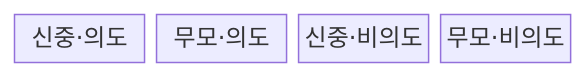
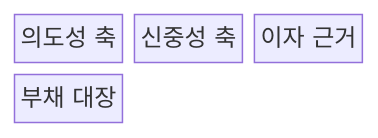
Before and after one commit to agnusdei1207/knowledge-base: the first of 2 diagrams in src/content/docs/notes/03-software/066_technical_debt_quadrant.md, drawn with Mermaid. The commit also changed other lines of this file and 238 other files, not shown here.

````diff
--- a/src/content/docs/notes/03-software/066_technical_debt_quadrant.md
+++ b/src/content/docs/notes/03-software/066_technical_debt_quadrant.md
@@ -53,8 +53,8 @@
 ```mermaid
-block
-  columns 4
-  DI["신중·의도"]
-  RI["무모·의도"]
-  DN["신중·비의도"]
-  RN["무모·비의도"]
+block-beta
+  columns 3
+  I["의도성 축"]
+  P["신중성 축"]
+  E["이자 근거"]
+  R["부채 대장"]
 ```
````
